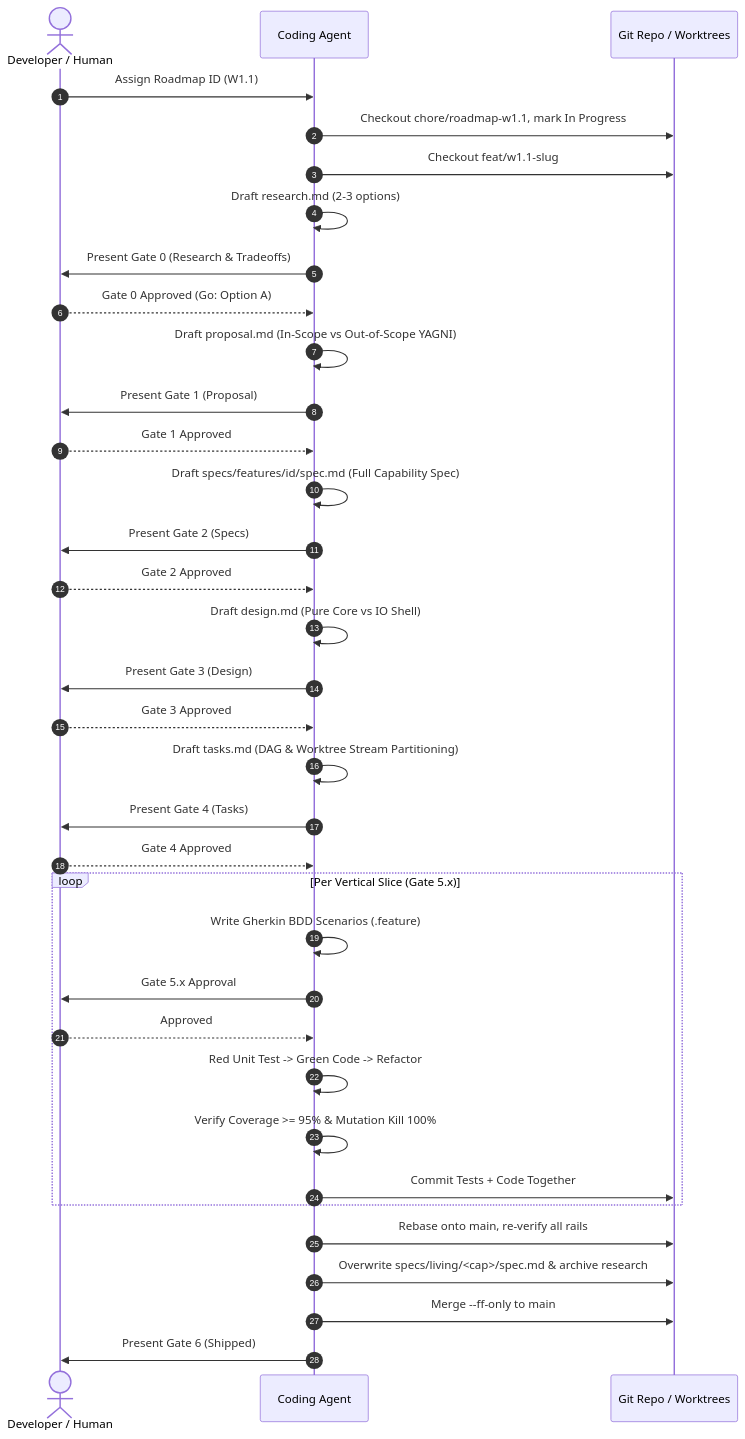
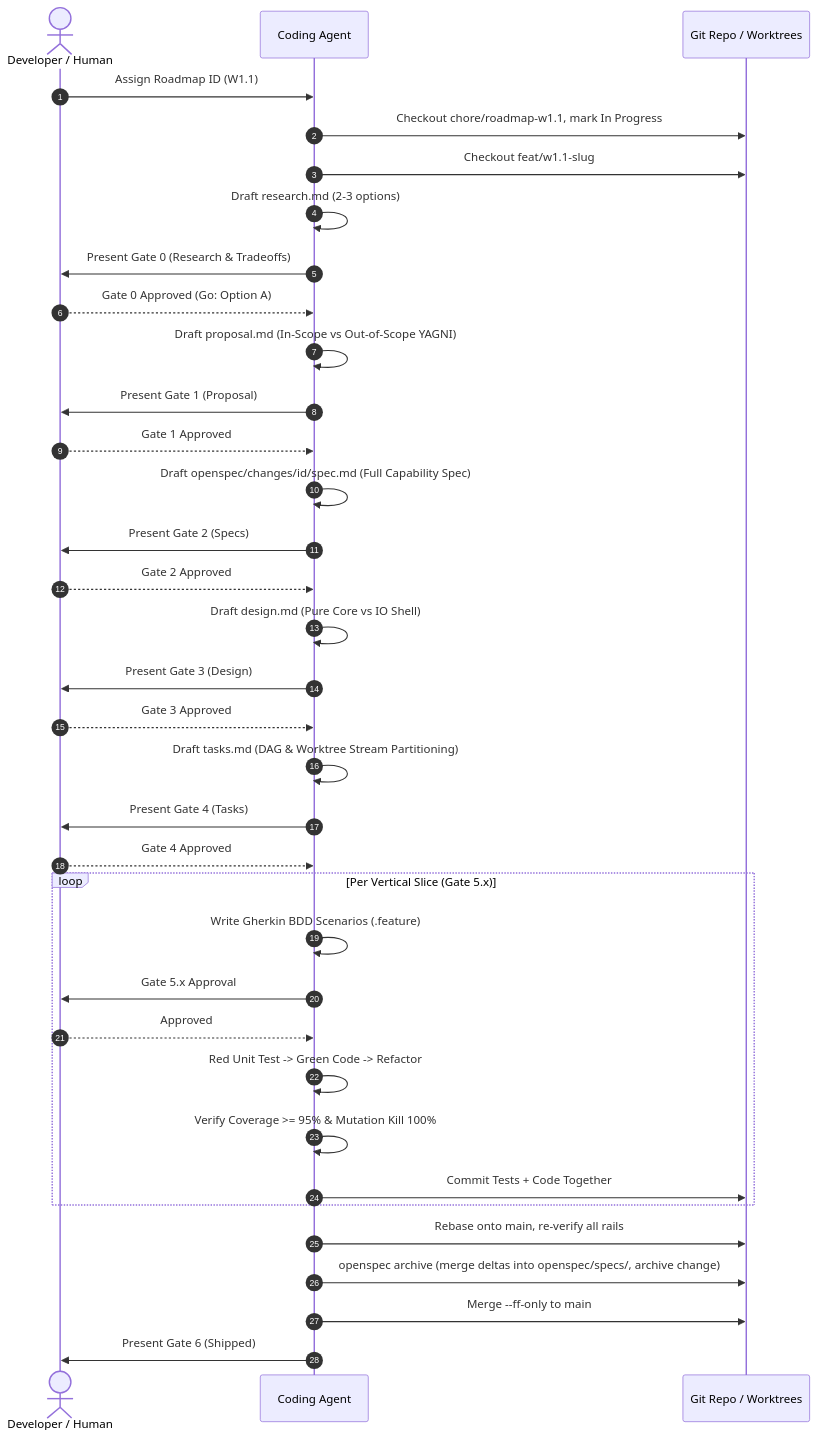
The third of 4 diagrams in docs/WAY_OF_WORKING.md (mgabs/SDTRD), drawn with Mermaid before and after one commit. The commit also changed other lines of this file and 41 other files, not shown here.

````diff
--- a/docs/WAY_OF_WORKING.md
+++ b/docs/WAY_OF_WORKING.md
@@ -101,44 +101,44 @@
 ```mermaid
 sequenceDiagram
     autonumber
     actor Human as Developer / Human
     participant Agent as Coding Agent
     participant Git as Git Repo / Worktrees
 
     Human->>Agent: Assign Roadmap ID (W1.1)
     Agent->>Git: Checkout chore/roadmap-w1.1, mark In Progress
     Agent->>Git: Checkout feat/w1.1-slug
     Agent->>Agent: Draft research.md (2-3 options)
     Agent->>Human: Present Gate 0 (Research & Tradeoffs)
     Human-->>Agent: Gate 0 Approved (Go: Option A)
 
     Agent->>Agent: Draft proposal.md (In-Scope vs Out-of-Scope YAGNI)
     Agent->>Human: Present Gate 1 (Proposal)
     Human-->>Agent: Gate 1 Approved
 
-    Agent->>Agent: Draft specs/features/id/spec.md (Full Capability Spec)
+    Agent->>Agent: Draft openspec/changes/id/spec.md (Full Capability Spec)
     Agent->>Human: Present Gate 2 (Specs)
     Human-->>Agent: Gate 2 Approved
 
     Agent->>Agent: Draft design.md (Pure Core vs IO Shell)
     Agent->>Human: Present Gate 3 (Design)
     Human-->>Agent: Gate 3 Approved
 
     Agent->>Agent: Draft tasks.md (DAG & Worktree Stream Partitioning)
     Agent->>Human: Present Gate 4 (Tasks)
     Human-->>Agent: Gate 4 Approved
 
     loop Per Vertical Slice (Gate 5.x)
         Agent->>Agent: Write Gherkin BDD Scenarios (.feature)
         Agent->>Human: Gate 5.x Approval
         Human-->>Agent: Approved
         Agent->>Agent: Red Unit Test -> Green Code -> Refactor
         Agent->>Agent: Verify Coverage >= 95% & Mutation Kill 100%
         Agent->>Git: Commit Tests + Code Together
     end
 
     Agent->>Git: Rebase onto main, re-verify all rails
-    Agent->>Git: Overwrite specs/living/<cap>/spec.md & archive research
+    Agent->>Git: openspec archive (merge deltas into openspec/specs/, archive change)
     Agent->>Git: Merge --ff-only to main
     Agent->>Human: Present Gate 6 (Shipped)
 ```
````
